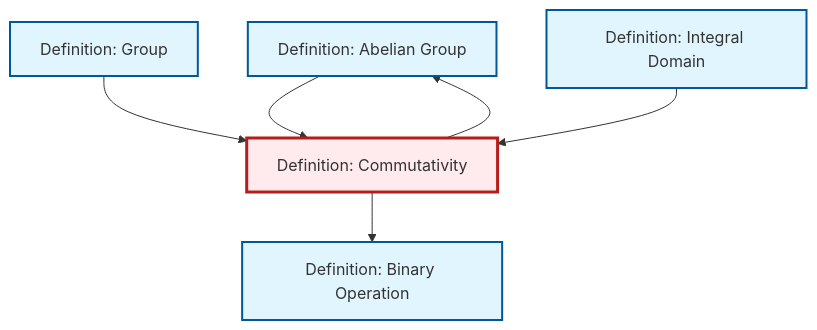
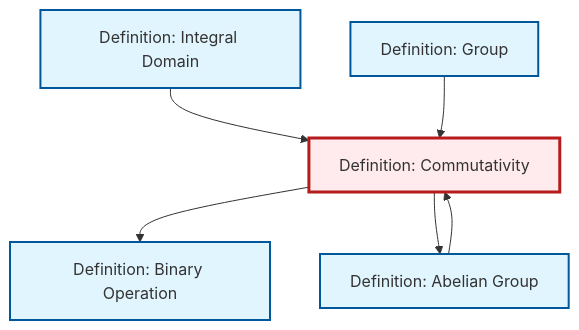
The diagram in content/en/algebra/def-commutativity.qmd (RK0429/ModernMath), drawn with Mermaid before and after one commit. The commit also changed other lines of this file and 672 other files, not shown here.

````diff
--- a/content/en/algebra/def-commutativity.qmd
+++ b/content/en/algebra/def-commutativity.qmd
@@ -93,24 +93,24 @@
 ```{mermaid}
 %%| fig-cap: "Local dependency graph"
 graph TD
     classDef definition fill:#e1f5fe,stroke:#01579b,stroke-width:2px
     classDef theorem fill:#f3e5f5,stroke:#4a148c,stroke-width:2px
     classDef axiom fill:#fff3e0,stroke:#e65100,stroke-width:2px
     classDef example fill:#e8f5e9,stroke:#1b5e20,stroke-width:2px
     classDef current fill:#ffebee,stroke:#b71c1c,stroke-width:3px
     def-binary-operation["Definition: Binary Operation"]:::definition
+    def-integral-domain["Definition: Integral Domain"]:::definition
+    def-commutativity["Definition: Commutativity"]:::definition
+    def-group["Definition: Group"]:::definition
     def-abelian-group["Definition: Abelian Group"]:::definition
-    def-commutativity["Definition: Commutativity"]:::definition
-    def-integral-domain["Definition: Integral Domain"]:::definition
-    def-group["Definition: Group"]:::definition
+    def-commutativity --> def-binary-operation
+    def-integral-domain --> def-commutativity
+    def-group --> def-commutativity
+    def-commutativity --> def-abelian-group
     def-abelian-group --> def-commutativity
-    def-group --> def-commutativity
-    def-integral-domain --> def-commutativity
-    def-commutativity --> def-binary-operation
-    def-commutativity --> def-abelian-group
     class def-commutativity current
     click def-binary-operation "def-binary-operation.html" "Go to Binary Operation definition"
-    click def-abelian-group "def-abelian-group.html" "Go to Abelian Group definition"
     click def-integral-domain "def-integral-domain.html" "Go to Integral Domain definition"
     click def-group "def-group.html" "Go to Group definition"
+    click def-abelian-group "def-abelian-group.html" "Go to Abelian Group definition"
 ```
````
